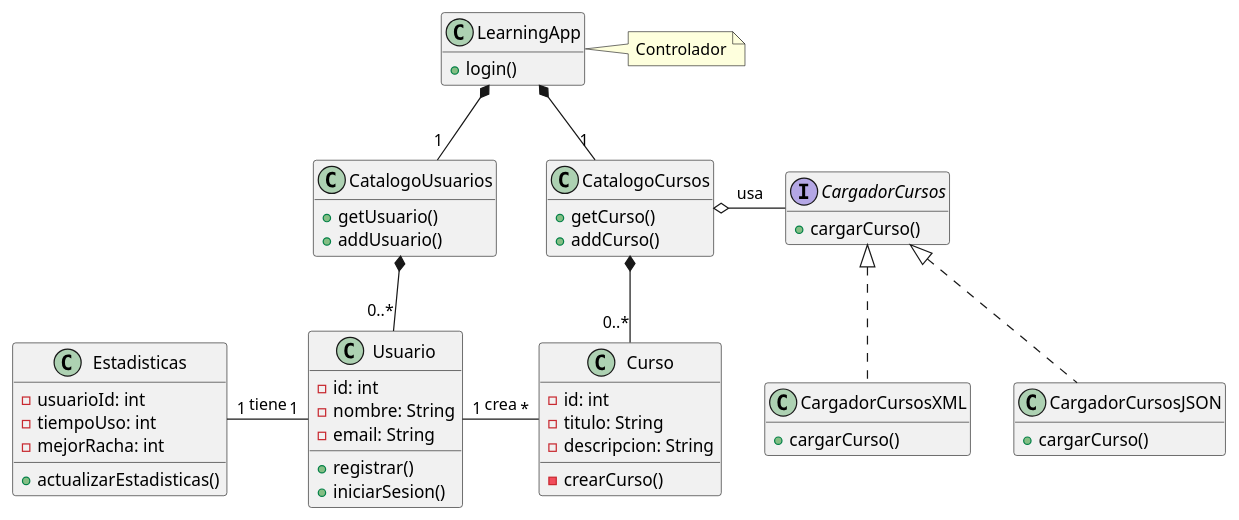
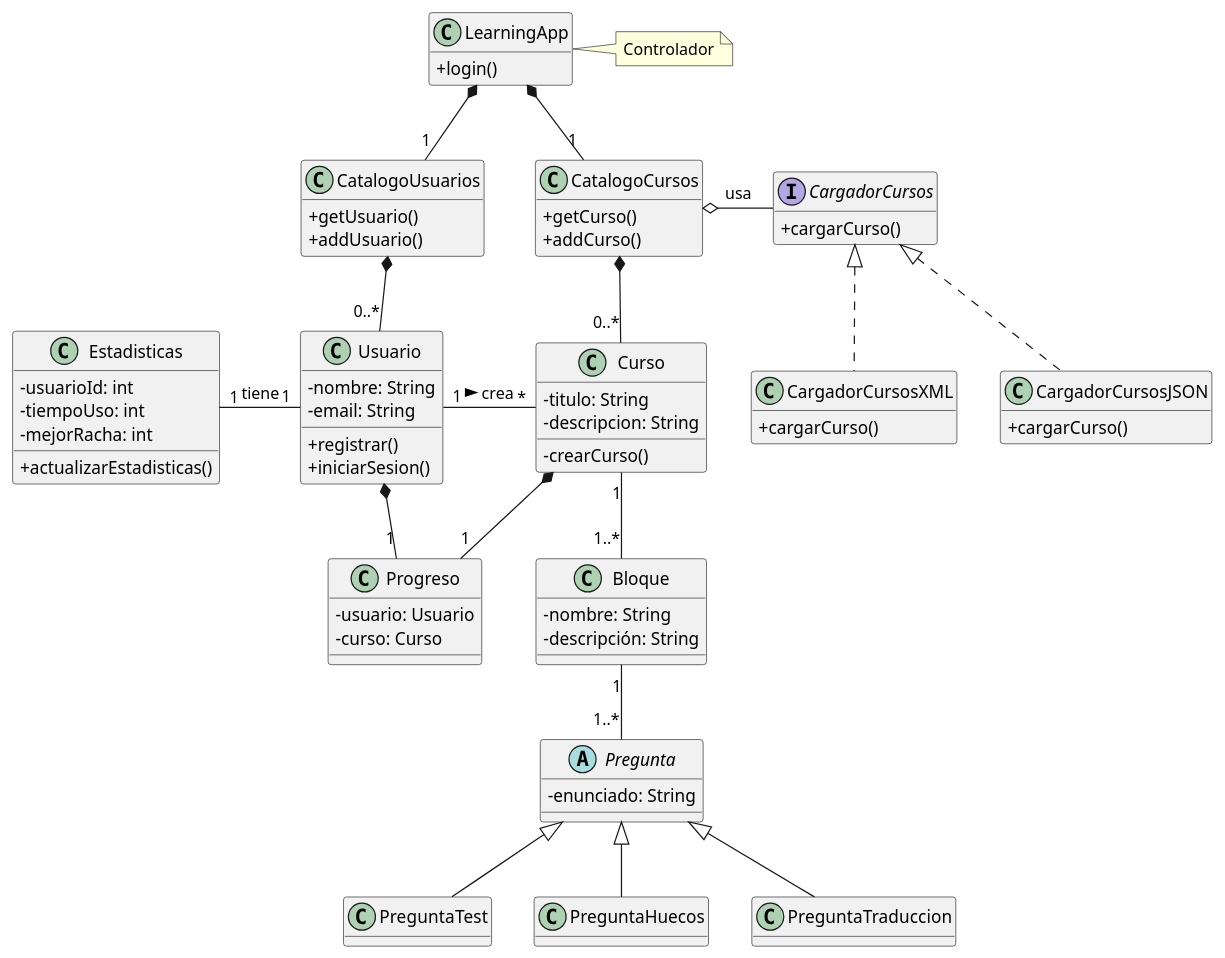
One commit to hsanchezm7/temulingo changed the diagram in design/model/model.puml. Above: the diagram before and after it, drawn with PlantUML. The commit also changed 15 other files, not shown here.

Commit message:
Diagrama de modelos y casos de uso

```diff
--- a/design/model/model.puml
+++ b/design/model/model.puml
@@ -1,73 +1,115 @@
-@startuml
+@startuml LearningApp
+
 skinparam defaultFontName Helvetica
+skinparam nodePadding 200
+skinparam classAttributeIconSize 0
 
 class LearningApp {
-    +login()
+    + login()
 }
 
 class Usuario {
-    - id: int
     - nombre: String
     - email: String
-    +registrar()
-    +iniciarSesion()
+    + registrar()
+    + iniciarSesion()
 }
 
 class Curso {
-    - id: int
     - titulo: String
     - descripcion: String
     - crearCurso()
 }
 
 class CatalogoUsuarios {
-    +getUsuario()
-    +addUsuario()
+    + getUsuario()
+    + addUsuario()
 }
 
 class CatalogoCursos {
-    +getCurso()
-    +addCurso()
+    + getCurso()
+    + addCurso()
 }
 
 class Estadisticas {
-    -usuarioId: int
-    -tiempoUso: int
-    -mejorRacha: int
-    +actualizarEstadisticas()
+    - usuarioId: int
+    - tiempoUso: int
+    - mejorRacha: int
+    + actualizarEstadisticas()
+}
+
+class Progreso {
+    - usuario: Usuario
+    - curso: Curso
 }
 
 interface CargadorCursos {
-    +cargarCurso()
+    + cargarCurso()
 }
 
 class CargadorCursosJSON implements CargadorCursos {
-    +cargarCurso()
+    + cargarCurso()
 }
 
 class CargadorCursosXML implements CargadorCursos {
-    +cargarCurso()
+    + cargarCurso()
+}
+
+class Bloque {
+    - nombre: String
+    - descripción: String
+}
+
+abstract class Pregunta {
+    - enunciado: String
+}
+
+class PreguntaTest {
+
+}
+
+class PreguntaHuecos {
+    
+}
+
+class PreguntaTraduccion {
+    
 }
 
 note right of LearningApp : Controlador
 
 hide LearningApp attributes
 hide CatalogoUsuarios attributes
 hide CatalogoCursos attributes
 hide CargadorCursos attributes
 hide CargadorCursosXML attributes
 hide CargadorCursosJSON attributes
 
+hide PreguntaTest attributes
+hide PreguntaHuecos attributes
+hide PreguntaTraduccion attributes
+
 
 LearningApp *-- "1" CatalogoCursos
 LearningApp *-- "1" CatalogoUsuarios
 
+Usuario *-down- "1" Progreso
+Curso *-- "1" Progreso
+
 CatalogoUsuarios *-- "0..*" Usuario
 CatalogoCursos *-- "0..*" Curso
 
-Usuario "1" -right- "*" Curso : crea
+Usuario "1" -right- "*" Curso : crea >
 Usuario "1" -left- "1" Estadisticas : tiene
 
 CatalogoCursos o-right- CargadorCursos : usa
 
+Curso "1" -down- "1..*" Bloque
+
+Bloque "1" -- "1..*" Pregunta
+
+Pregunta <|-- PreguntaTest
+Pregunta <|-- PreguntaHuecos
+Pregunta <|-- PreguntaTraduccion
+
 @enduml
```
